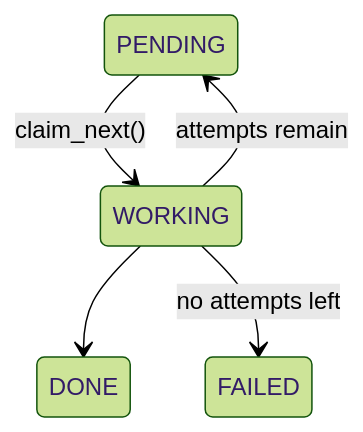
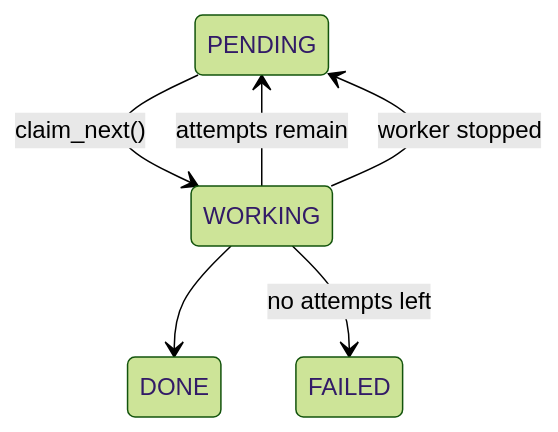
One commit to svanschooten/Chronicler changed the third of 4 diagrams in ARCHITECTURE.md. Above: the diagram before and after it, drawn with Mermaid (forest theme). The commit also changed other lines of this file and 2 other files, not shown here.

````diff
--- a/ARCHITECTURE.md
+++ b/ARCHITECTURE.md
@@ -358,8 +358,9 @@
 ```mermaid
 stateDiagram-v2
 
 PENDING --> WORKING : claim_next()
 WORKING --> DONE
 WORKING --> FAILED : no attempts left
 WORKING --> PENDING : attempts remain
+WORKING --> PENDING : worker stopped
 ```
````
